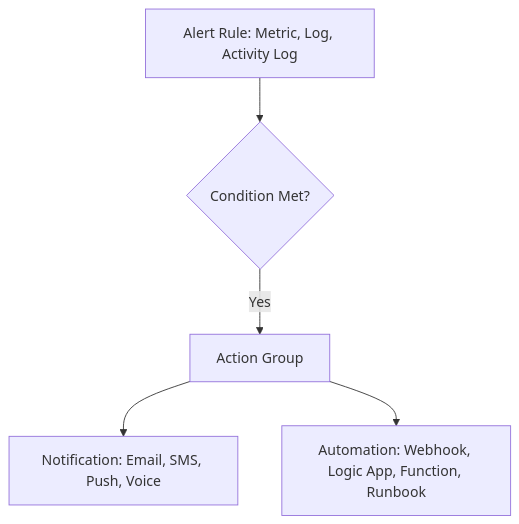
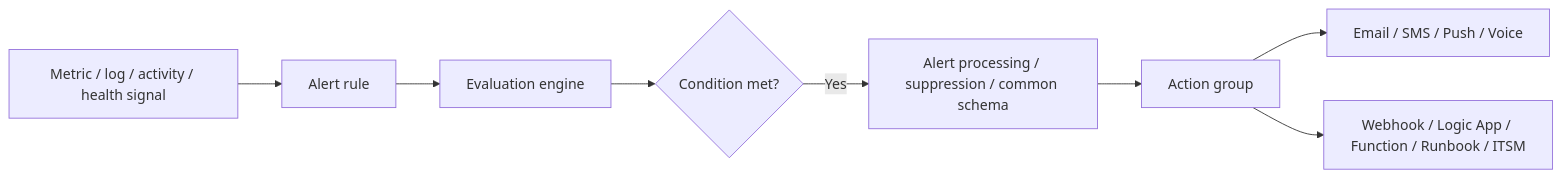
The first of 2 diagrams in docs/platform/alerts-architecture.md (yeongseon/azure-monitoring-practical-guide), drawn with Mermaid before and after one commit. The commit also changed other lines of this file and 50 other files, not shown here.

````diff
--- a/docs/platform/alerts-architecture.md
+++ b/docs/platform/alerts-architecture.md
@@ -22,7 +7,10 @@
 ```mermaid
-graph TD
-    Alert[Alert Rule: Metric, Log, Activity Log] --> Condition{Condition Met?}
-    Condition -- Yes --> ActionGroup[Action Group]
-    ActionGroup --> Notify[Notification: Email, SMS, Push, Voice]
-    ActionGroup --> Automate[Automation: Webhook, Logic App, Function, Runbook]
+flowchart LR
+    SIG[Metric / log / activity / health signal] --> RULE[Alert rule]
+    RULE --> EVAL[Evaluation engine]
+    EVAL --> FIRING{Condition met?}
+    FIRING -->|Yes| PROC[Alert processing / suppression / common schema]
+    PROC --> AG[Action group]
+    AG --> HUMAN[Email / SMS / Push / Voice]
+    AG --> AUTO[Webhook / Logic App / Function / Runbook / ITSM]
 ```
````
